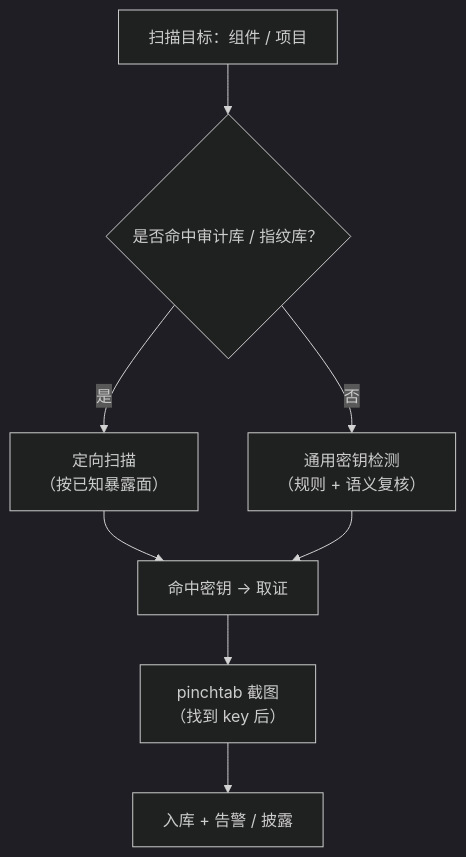
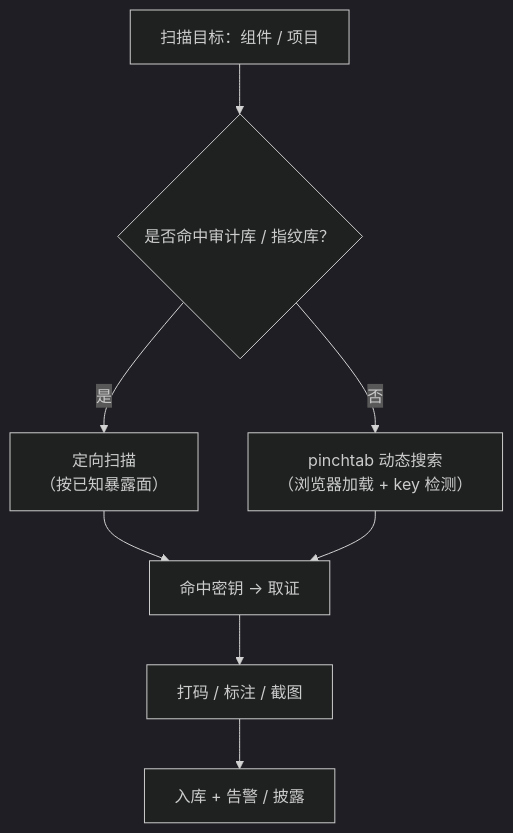
The second of 3 diagrams in docs/architecture.md (tajleonbennis-maker/SecretWatcher), drawn with Mermaid (dark theme) before and after one commit. The commit also changed other lines of this file, not shown here.

Commit message:
docs: pinchtab as core key-search engine, capability-first roadmap

````diff
--- a/docs/architecture.md
+++ b/docs/architecture.md
@@ -104,18 +105,18 @@
 ```mermaid
 flowchart TD
     S["扫描目标：组件 / 项目"]
     D{"是否命中审计库 / 指纹库？"}
     T["定向扫描<br/>（按已知暴露面）"]
-    P["通用密钥检测<br/>（规则 + 语义复核）"]
+    P["pinchtab 动态搜索<br/>（浏览器加载 + key 检测）"]
     R["命中密钥 → 取证"]
-    Q["pinchtab 截图<br/>（找到 key 后）"]
+    Q["打码 / 标注 / 截图"]
     O["入库 + 告警 / 披露"]
 
     S --> D
     D -- 是 --> T
     D -- 否 --> P
     T --> R
     P --> R
     R --> Q
     Q --> O
 ```
````
